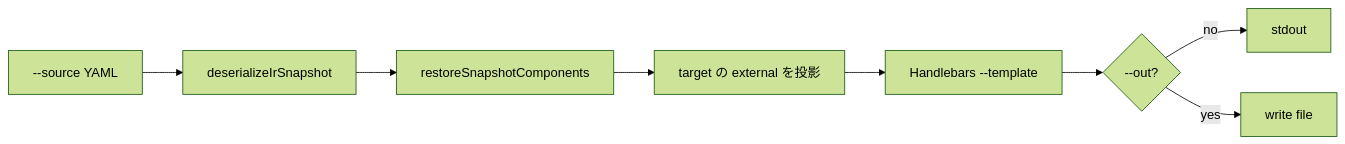
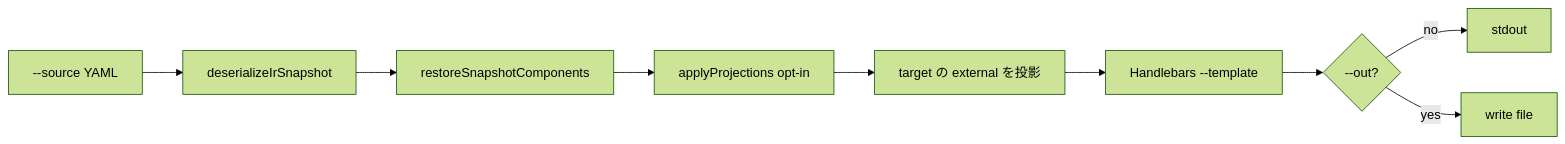
The diagram in docs/use-cases/arcane-summon.md (tatsuEX/lightweight-ir-modeler), drawn with Mermaid (forest theme) before and after one commit. The commit also changed other lines of this file and 6 other files, not shown here.

````diff
--- a/docs/use-cases/arcane-summon.md
+++ b/docs/use-cases/arcane-summon.md
@@ -44,10 +58,11 @@
 ```mermaid
 flowchart LR
   A["--source YAML"] --> B["deserializeIrSnapshot"]
   B --> C["restoreSnapshotComponents"]
-  C --> D["target の external を投影"]
-  D --> E["Handlebars --template"]
-  E --> F{"--out?"}
-  F -->|no| G["stdout"]
-  F -->|yes| H["write file"]
+  C --> D["applyProjections opt-in"]
+  D --> E["target の external を投影"]
+  E --> F["Handlebars --template"]
+  F --> G{"--out?"}
+  G -->|no| H["stdout"]
+  G -->|yes| I["write file"]
 ```
````
